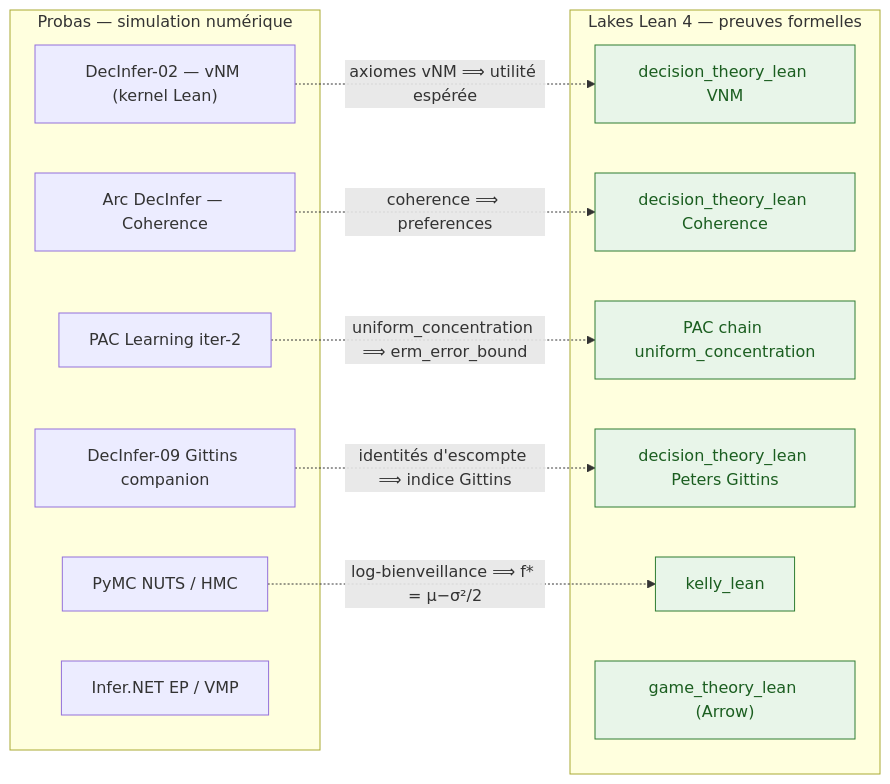
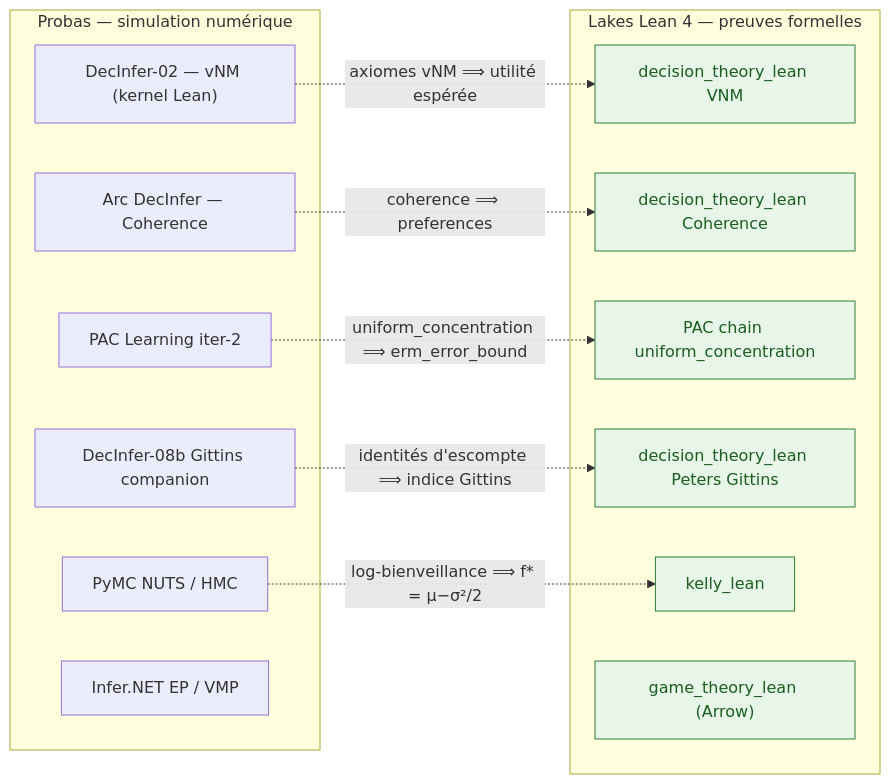
The third of 3 diagrams in MyIA.AI.Notebooks/Probas/README.md (jsboige/CoursIA), drawn with Mermaid before and after one commit. The commit also changed other lines of this file and 18 other files, not shown here.

First line of the commit message:
refactor(probas,#14873): G4c DecInfer-09 -> DecInfer-08b (45 sites, 18 fichiers) + coherence labels

````diff
--- a/MyIA.AI.Notebooks/Probas/README.md
+++ b/MyIA.AI.Notebooks/Probas/README.md
@@ -646,34 +646,34 @@
 ```mermaid
 flowchart LR
     subgraph SIM["Probas — simulation numérique"]
         NB_DT["DecInfer-02 — vNM (kernel Lean)"]
         NB_CO["Arc DecInfer — Coherence"]
-        NB_GIT["DecInfer-09 Gittins companion"]
+        NB_GIT["DecInfer-08b Gittins companion"]
         NB_PAC["PAC Learning iter-2"]
         NB_MCMC["PyMC NUTS / HMC"]
         NB_EP["Infer.NET EP / VMP"]
     end
     subgraph LEAN["Lakes Lean 4 — preuves formelles"]
         LK_DT["decision_theory_lean VNM"]
         LK_CO["decision_theory_lean Coherence"]
         LK_PAC["PAC chain uniform_concentration"]
         LK_GIT["decision_theory_lean Peters Gittins"]
         LK_KELLY["kelly_lean"]
         LK_SC["game_theory_lean (Arrow)"]
     end
     NB_DT -. "axiomes vNM ⟹ utilité espérée" .-> LK_DT
     NB_CO -. "coherence ⟹ preferences" .-> LK_CO
     NB_PAC -. "uniform_concentration ⟹ erm_error_bound" .-> LK_PAC
     NB_GIT -. "identités d'escompte ⟹ indice Gittins" .-> LK_GIT
     NB_MCMC -. "log-bienveillance ⟹ f* = μ−σ²/2" .-> LK_KELLY
     %% NB_EP (Infer.NET EP / VMP) = inférence bayésienne approximative ;
     %% la passerelle Dung ↔ argumentation_lean est couverte par le tableau §E ci-dessus (ligne SymbolicAI ↔ Probas),
     %% pas par un lien direct depuis ce nœud de simulation.
     %% color: explicite -- sans lui, libelle clair sur fond clair en mode sombre GitHub (#15022) ; ton parfois plus fonce que le stroke (le stroke en couleur de texte rendrait infer illisible) : ne pas harmoniser
     style LK_DT fill:#e8f5e9,stroke:#2e7d32,color:#1b5e20
     style LK_CO fill:#e8f5e9,stroke:#2e7d32,color:#1b5e20
     style LK_PAC fill:#e8f5e9,stroke:#2e7d32,color:#1b5e20
     style LK_GIT fill:#e8f5e9,stroke:#2e7d32,color:#1b5e20
     style LK_KELLY fill:#e8f5e9,stroke:#2e7d32,color:#1b5e20
     style LK_SC fill:#e8f5e9,stroke:#2e7d32,color:#1b5e20
 ```
````
